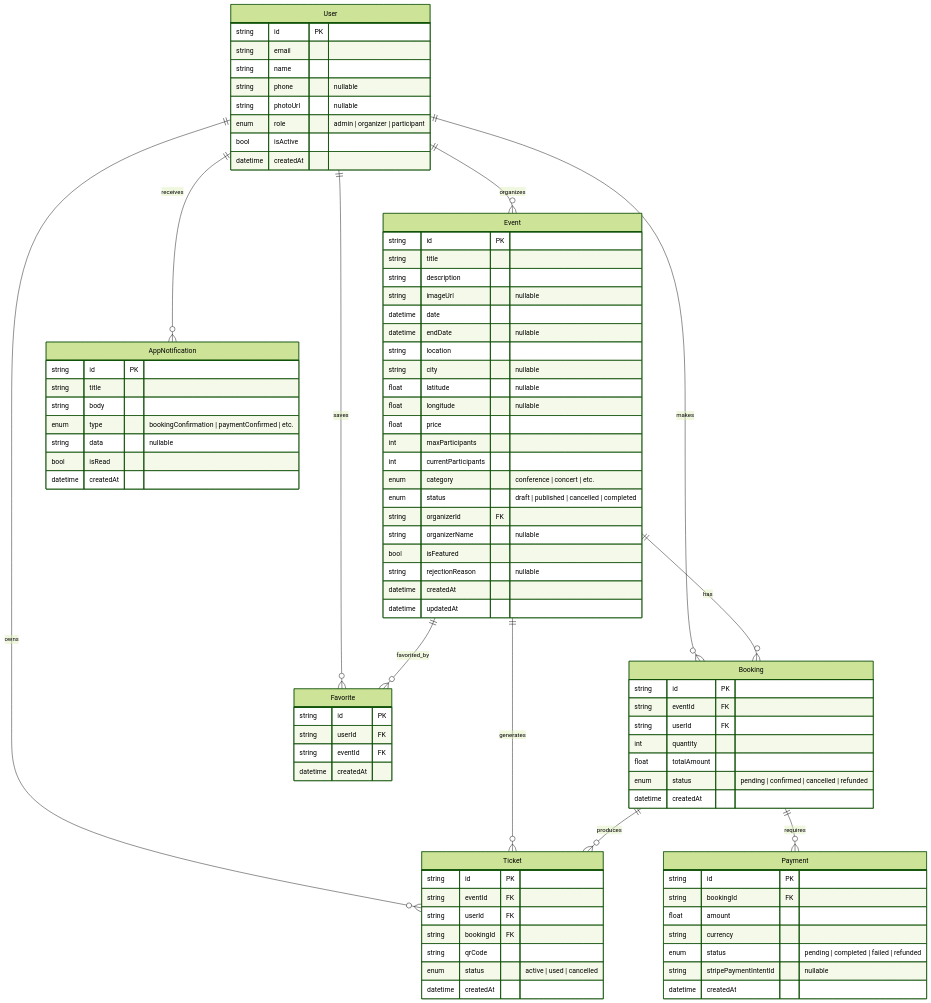
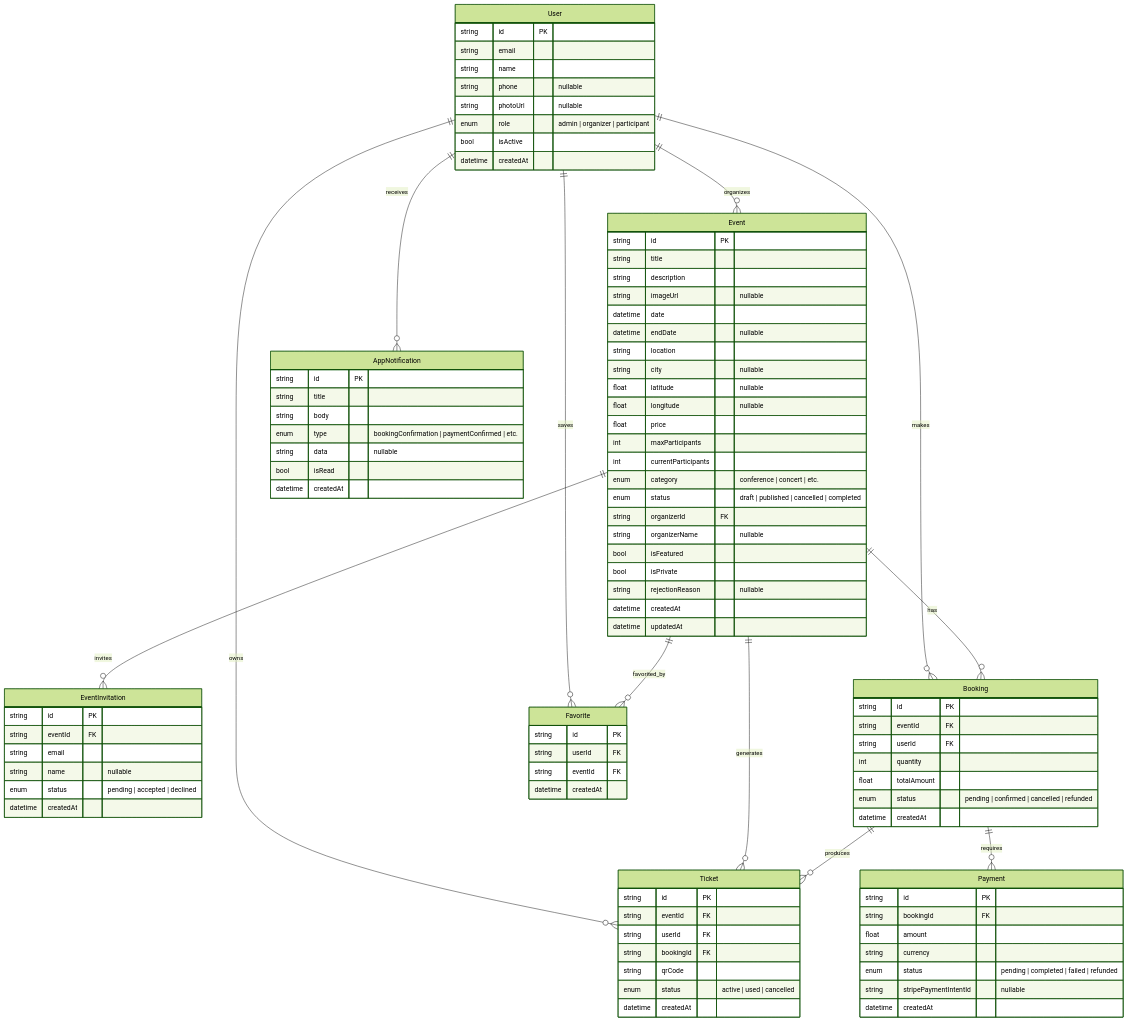
The third of 13 diagrams in FICHE_EXTRACTION_EVENTHUB.md (24231-Brahim/pi-eventhub), drawn with Mermaid (forest theme) before and after one commit. The commit also changed other lines of this file and 74 other files, not shown here.

```diff
--- a/FICHE_EXTRACTION_EVENTHUB.md
+++ b/FICHE_EXTRACTION_EVENTHUB.md
@@ -146,9 +146,19 @@
         string organizerId FK
         string organizerName "nullable"
         bool isFeatured
+        bool isPrivate
         string rejectionReason "nullable"
         datetime createdAt
         datetime updatedAt
+    }
+
+    EventInvitation {
+        string id PK
+        string eventId FK
+        string email
+        string name "nullable"
+        enum status "pending | accepted | declined"
+        datetime createdAt
     }
 
     Booking {
@@ -205,6 +215,7 @@
     User ||--o{ Favorite : "saves"
     Event ||--o{ Booking : "has"
     Event ||--o{ Ticket : "generates"
+    Event ||--o{ EventInvitation : "invites"
     Event ||--o{ Favorite : "favorited_by"
     Booking ||--o{ Ticket : "produces"
     Booking ||--o{ Payment : "requires"
```
